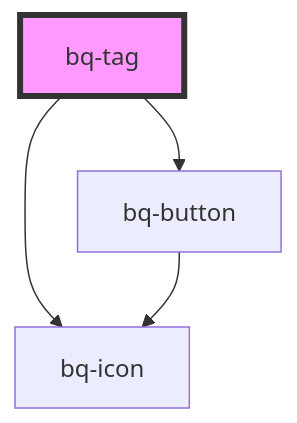
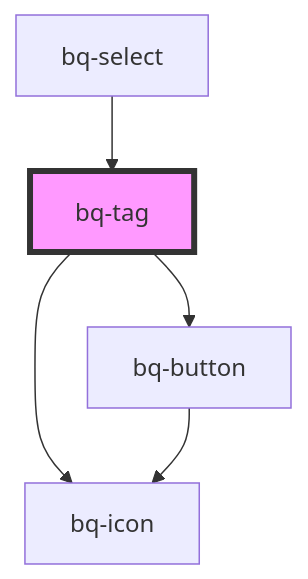
Before and after one commit to Endava/BEEQ: the diagram in packages/beeq/src/components/tag/readme.md, drawn with Mermaid. The commit also changed other lines of this file and 2 other files, not shown here.

Commit message:
fix(Tag): reduce close icon size to `16` for `xsmall` as per Figma

````diff
--- a/packages/beeq/src/components/tag/readme.md
+++ b/packages/beeq/src/components/tag/readme.md
@@ -75,7 +79,8 @@
 ```mermaid
 graph TD;
   bq-tag --> bq-button
   bq-tag --> bq-icon
   bq-button --> bq-icon
+  bq-select --> bq-tag
   style bq-tag fill:#f9f,stroke:#333,stroke-width:4px
 ```
````
